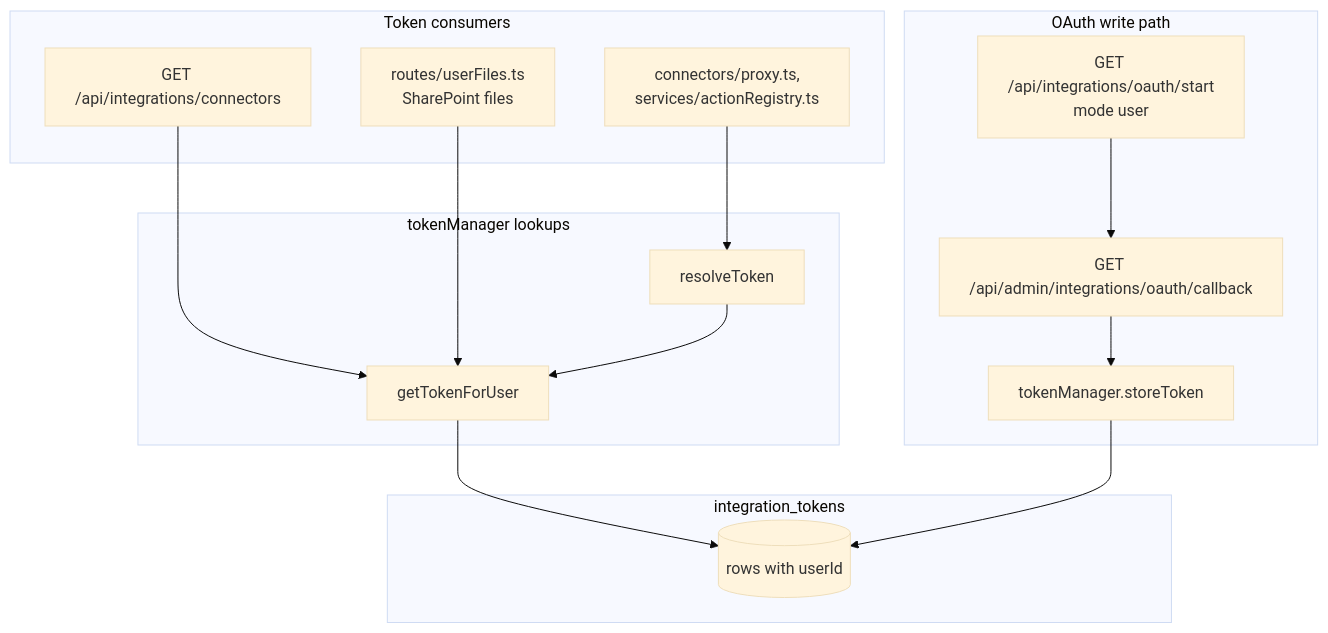
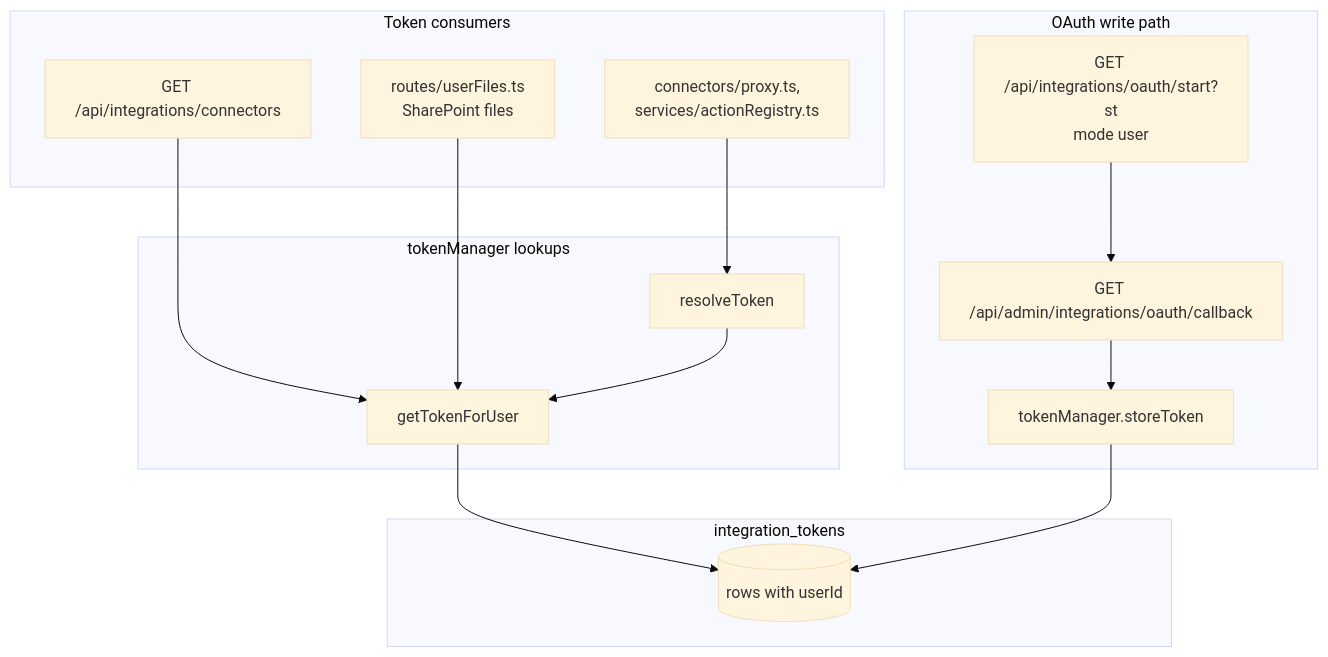
Before and after one commit to LanNguyenSi/triologue: the diagram in docs/okf/integration-oauth-and-token-scopes.md, drawn with Mermaid (base theme). The commit also changed other lines of this file and 29 other files, not shown here.

First line of the commit message:
fix(security): file and OAuth-start URLs no longer carry the session JWT (#364)

````diff
--- a/docs/okf/integration-oauth-and-token-scopes.md
+++ b/docs/okf/integration-oauth-and-token-scopes.md
@@ -61,25 +61,25 @@
 ```mermaid
 flowchart TD
   subgraph consumers["Token consumers"]
     list["GET /api/integrations/connectors"]
     proxy["connectors/proxy.ts,<br/>services/actionRegistry.ts"]
     files["routes/userFiles.ts<br/>SharePoint files"]
   end
   subgraph lookups["tokenManager lookups"]
     rt["resolveToken"]
     gtu["getTokenForUser"]
   end
   subgraph rows["integration_tokens"]
     personal[("rows with userId")]
   end
   subgraph write["OAuth write path"]
-    start["GET /api/integrations/oauth/start<br/>mode user"] --> cb["GET /api/admin/integrations/oauth/callback"]
+    start["GET /api/integrations/oauth/start?st<br/>mode user"] --> cb["GET /api/admin/integrations/oauth/callback"]
     cb --> store["tokenManager.storeToken"]
   end
   list --> gtu
   proxy --> rt
   files --> gtu
   rt --> gtu
   gtu --> personal
   store --> personal
 ```
````
